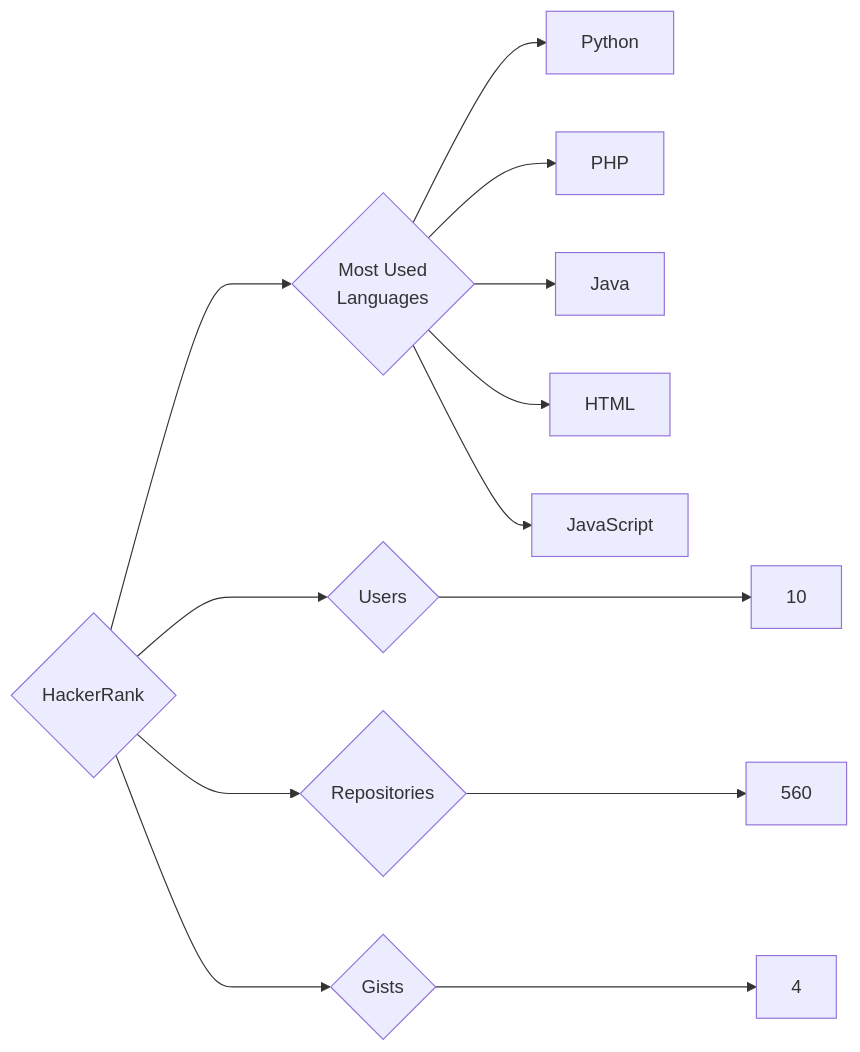
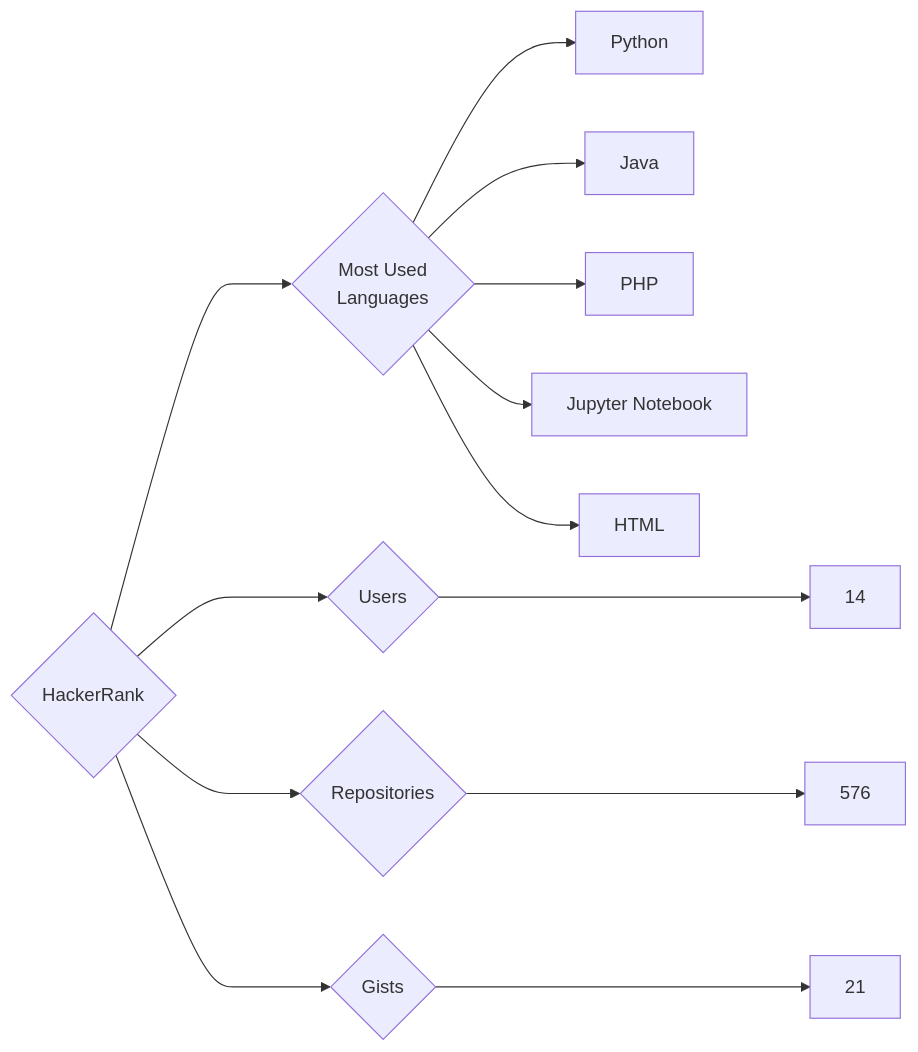
The diagram in targets/HackerRank/README.md (trickest/insiders), drawn with Mermaid before and after one commit. The commit also changed 1030 other files, not shown here.

````diff
--- a/targets/HackerRank/README.md
+++ b/targets/HackerRank/README.md
@@ -3,13 +3,13 @@
 ```mermaid
 graph LR
 COMPANY_NAME{HackerRank}
-COMPANY_NAME ---> U{Users} ---> UN[10]
-COMPANY_NAME ---> R{Repositories} ---> RN[560]
-COMPANY_NAME ---> G{Gists} ---> GN[4]
+COMPANY_NAME ---> U{Users} ---> UN[14]
+COMPANY_NAME ---> R{Repositories} ---> RN[576]
+COMPANY_NAME ---> G{Gists} ---> GN[21]
 COMPANY_NAME ---> ML{Most Used<br>Languages}
 ML --> Python[Python]
+ML --> Java[Java]
 ML --> PHP[PHP]
-ML --> Java[Java]
+ML --> Jupyter_Notebook[Jupyter Notebook]
 ML --> HTML[HTML]
-ML --> JavaScript[JavaScript]
 ```
````
